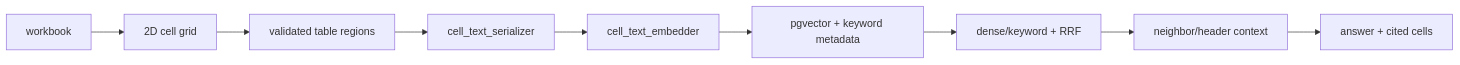
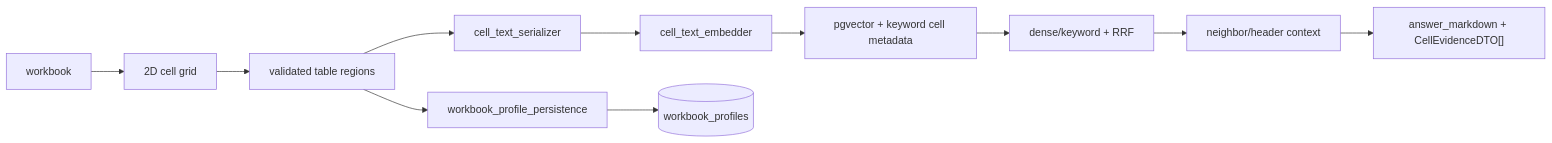
The diagram in docs/blueprints/02_data_engine_blueprints/BP-201_spreadsheet_coordinate_parser.md (bist-mini-final/bist-mini-final), drawn with Mermaid before and after one commit. The commit also changed other lines of this file and 152 other files, not shown here.

````diff
--- a/docs/blueprints/02_data_engine_blueprints/BP-201_spreadsheet_coordinate_parser.md
+++ b/docs/blueprints/02_data_engine_blueprints/BP-201_spreadsheet_coordinate_parser.md
@@ -41,11 +42,13 @@
 ```mermaid
 flowchart LR
     XLSX["workbook"] --> GRID["2D cell grid"]
     GRID --> STRUCTURE["validated table regions"]
     STRUCTURE --> SERIALIZE["cell_text_serializer"]
     SERIALIZE --> EMBED["cell_text_embedder"]
-    EMBED --> INDEX["pgvector + keyword metadata"]
+    EMBED --> INDEX["pgvector + keyword cell metadata"]
+    STRUCTURE --> PROFILE["workbook_profile_persistence"]
+    PROFILE --> FACTS[("workbook_profiles")]
     INDEX --> RETRIEVE["dense/keyword + RRF"]
     RETRIEVE --> EXPAND["neighbor/header context"]
-    EXPAND --> READER["answer + cited cells"]
+    EXPAND --> READER["answer_markdown + CellEvidenceDTO[]"]
 ```
````
